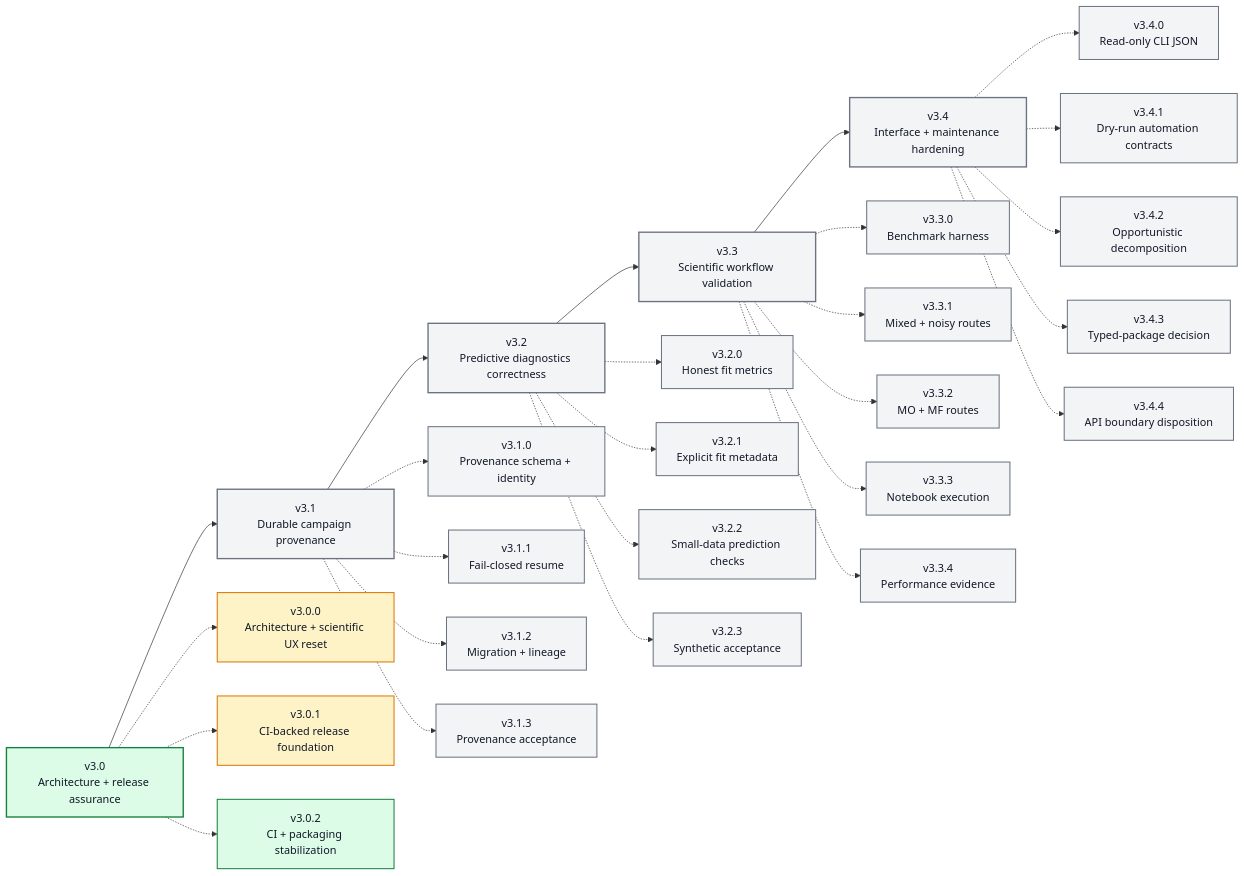
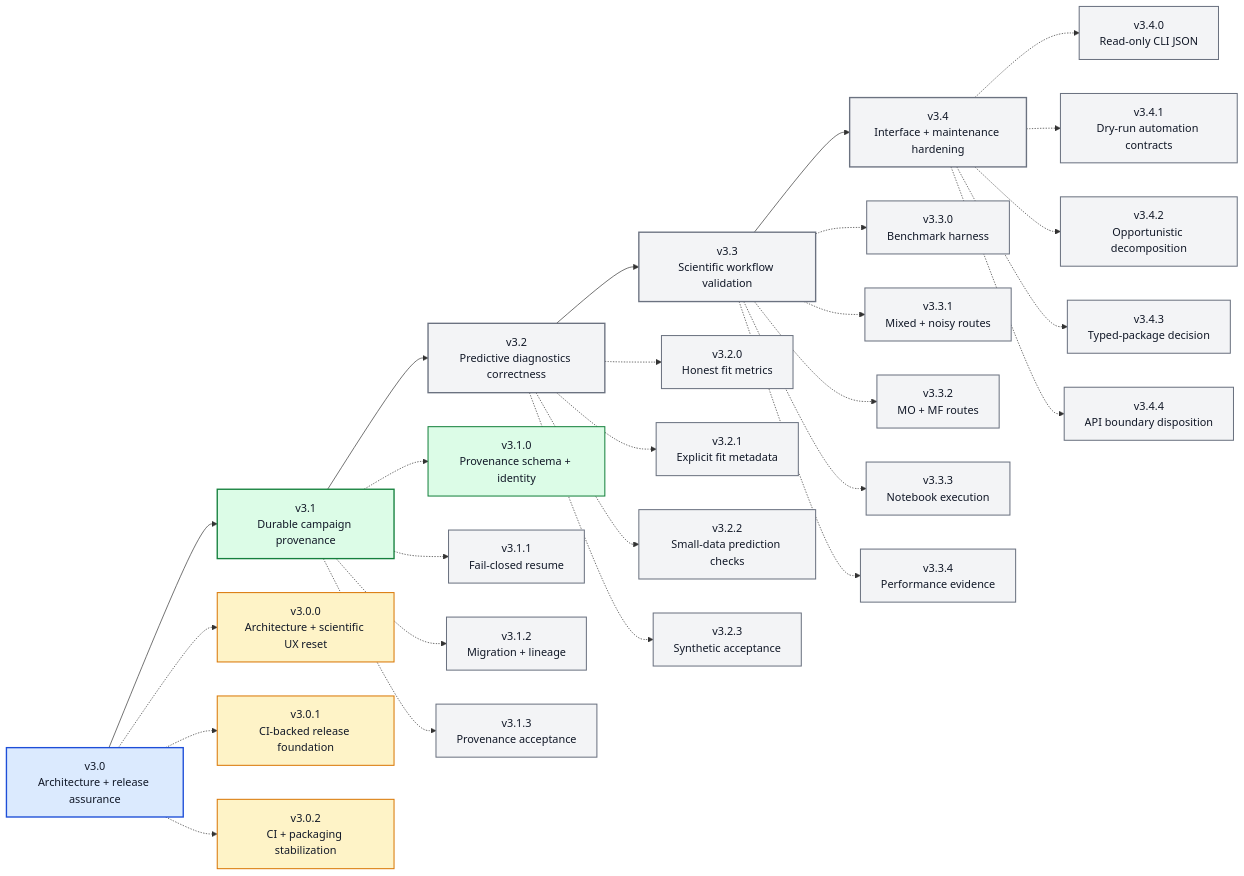
The diagram in ROADMAP_V3_X.md (angzeli/bo-forge), drawn with Mermaid before and after one commit. The commit also changed other lines of this file and 44 other files, not shown here.

````diff
--- a/ROADMAP_V3_X.md
+++ b/ROADMAP_V3_X.md
@@ -13,61 +13,62 @@
 ```mermaid
 flowchart LR
     v30["v3.0<br/>Architecture + release assurance"] --> v31["v3.1<br/>Durable campaign provenance"] --> v32["v3.2<br/>Predictive diagnostics correctness"] --> v33["v3.3<br/>Scientific workflow validation"] --> v34["v3.4<br/>Interface + maintenance hardening"]
 
     v300["v3.0.0<br/>Architecture + scientific UX reset"]
     v301["v3.0.1<br/>CI-backed release foundation"]
     v302["v3.0.2<br/>CI + packaging stabilization"]
     v310["v3.1.0<br/>Provenance schema + identity"]
     v311["v3.1.1<br/>Fail-closed resume"]
     v312["v3.1.2<br/>Migration + lineage"]
     v313["v3.1.3<br/>Provenance acceptance"]
     v320["v3.2.0<br/>Honest fit metrics"]
     v321["v3.2.1<br/>Explicit fit metadata"]
     v322["v3.2.2<br/>Small-data prediction checks"]
     v323["v3.2.3<br/>Synthetic acceptance"]
     v330["v3.3.0<br/>Benchmark harness"]
     v331["v3.3.1<br/>Mixed + noisy routes"]
     v332["v3.3.2<br/>MO + MF routes"]
     v333["v3.3.3<br/>Notebook execution"]
     v334["v3.3.4<br/>Performance evidence"]
     v340["v3.4.0<br/>Read-only CLI JSON"]
     v341["v3.4.1<br/>Dry-run automation contracts"]
     v342["v3.4.2<br/>Opportunistic decomposition"]
     v343["v3.4.3<br/>Typed-package decision"]
     v344["v3.4.4<br/>API boundary disposition"]
 
     v30 -.-> v300
     v30 -.-> v301
     v30 -.-> v302
     v31 -.-> v310
     v31 -.-> v311
     v31 -.-> v312
     v31 -.-> v313
     v32 -.-> v320
     v32 -.-> v321
     v32 -.-> v322
     v32 -.-> v323
     v33 -.-> v330
     v33 -.-> v331
     v33 -.-> v332
     v33 -.-> v333
     v33 -.-> v334
     v34 -.-> v340
     v34 -.-> v341
     v34 -.-> v342
     v34 -.-> v343
     v34 -.-> v344
 
-    class v30 majorActive
-    class v31,v32,v33,v34 majorFuture
-    class v300,v301 patchDone
-    class v302 patchActive
-    class v310,v311,v312,v313,v320,v321,v322,v323,v330,v331,v332,v333,v334,v340,v341,v342,v343,v344 patchFuture
+    class v30 majorDone
+    class v31 majorActive
+    class v32,v33,v34 majorFuture
+    class v300,v301,v302 patchDone
+    class v310 patchActive
+    class v311,v312,v313,v320,v321,v322,v323,v330,v331,v332,v333,v334,v340,v341,v342,v343,v344 patchFuture
 
     classDef majorDone fill:#dbeafe,stroke:#1d4ed8,stroke-width:2px,color:#111827;
     classDef majorActive fill:#dcfce7,stroke:#15803d,stroke-width:2px,color:#111827;
     classDef majorFuture fill:#f3f4f6,stroke:#6b7280,stroke-width:2px,color:#111827;
     classDef patchDone fill:#fef3c7,stroke:#d97706,stroke-width:1.5px,color:#111827;
     classDef patchActive fill:#dcfce7,stroke:#15803d,stroke-width:1.5px,color:#111827;
     classDef patchFuture fill:#f3f4f6,stroke:#6b7280,stroke-width:1.5px,color:#111827;
 ```
````
